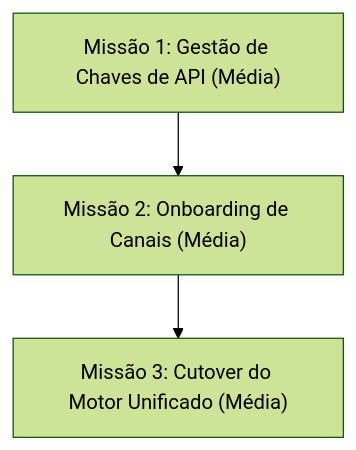
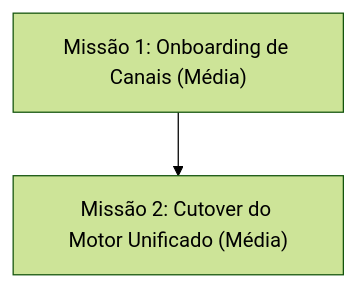
Before and after one commit to ricobeliko/video-factory: the first of 2 diagrams in docs/v2/PARIDADE_V1_V2.md, drawn with Mermaid (forest theme). The commit also changed other lines of this file and 10 other files, not shown here.

````diff
--- a/docs/v2/PARIDADE_V1_V2.md
+++ b/docs/v2/PARIDADE_V1_V2.md
@@ -190,5 +190,4 @@
 ```mermaid
 flowchart TD
-    M1["Missão 1: Gestão de Chaves de API (Média)"] --> M2["Missão 2: Onboarding de Canais (Média)"]
-    M2 --> M3["Missão 3: Cutover do Motor Unificado (Média)"]
+    M2["Missão 1: Onboarding de Canais (Média)"] --> M3["Missão 2: Cutover do Motor Unificado (Média)"]
 ```
````
